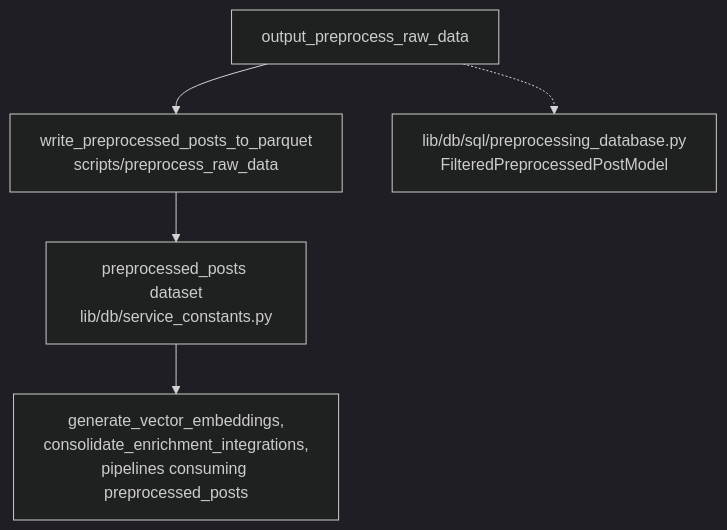
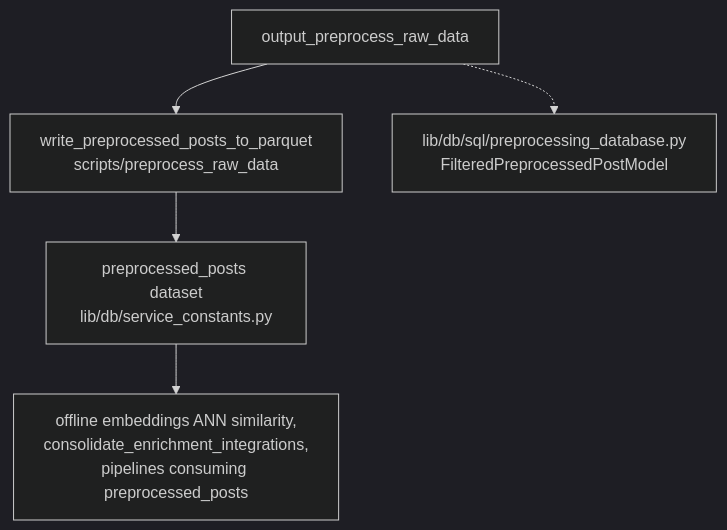
The fourth of 4 diagrams in services/preprocess_raw_data/README.md (METResearchGroup/bluesky-research), drawn with Mermaid (dark theme) before and after one commit. The commit also changed 25 other files, not shown here.

First line of the commit message:
Offline vector embeddings: lazy Torch, FAISS ANN, materialized similarity (#397)

````diff
--- a/services/preprocess_raw_data/README.md
+++ b/services/preprocess_raw_data/README.md
@@ -80,13 +80,13 @@
 ```mermaid
 flowchart TB
   OUTQ["output_preprocess_raw_data"]
   PARQ["write_preprocessed_posts_to_parquet<br/>scripts/preprocess_raw_data"]
   DS["preprocessed_posts dataset<br/>lib/db/service_constants.py"]
   SQL["lib/db/sql/preprocessing_database.py<br/>FilteredPreprocessedPostModel"]
-  ML["generate_vector_embeddings,<br/>consolidate_enrichment_integrations,<br/>pipelines consuming preprocessed_posts"]
+  ML["offline embeddings ANN similarity,<br/>consolidate_enrichment_integrations,<br/>pipelines consuming preprocessed_posts"]
 
   OUTQ --> PARQ
   PARQ --> DS
   DS --> ML
   OUTQ -.-> SQL
 ```
````
